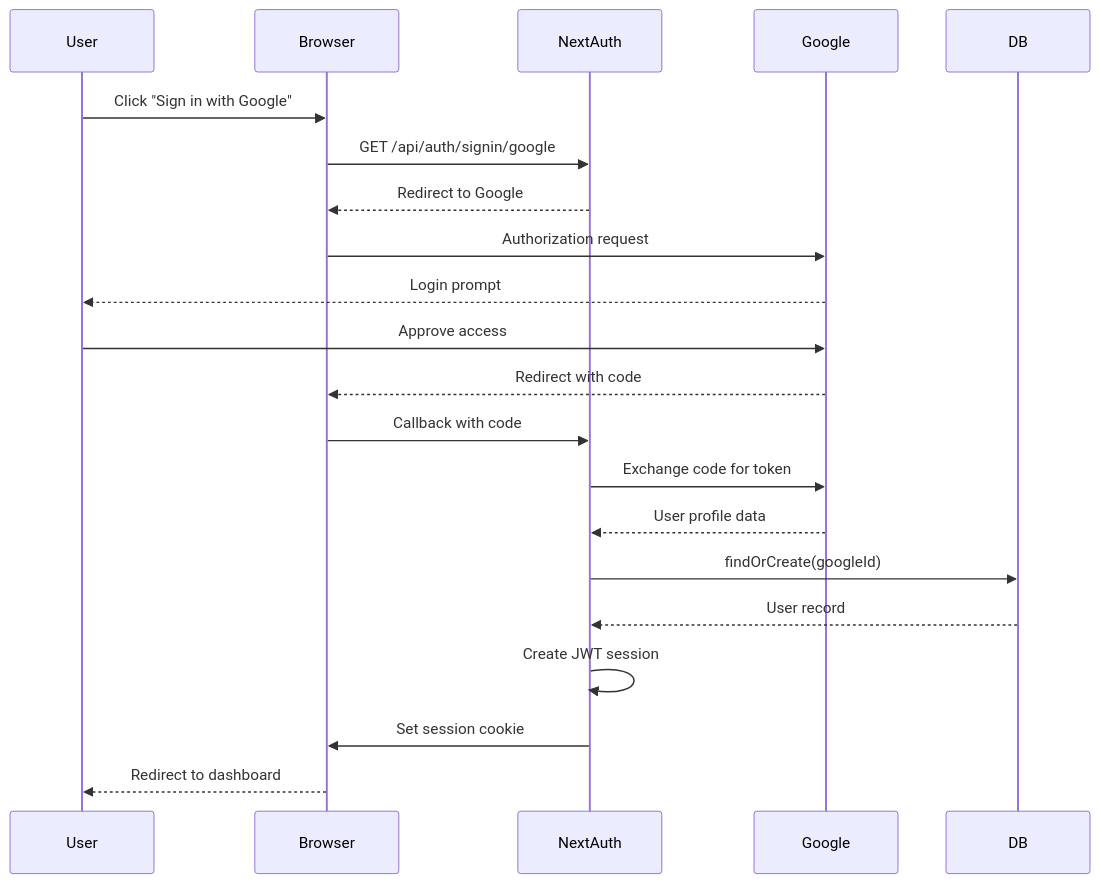
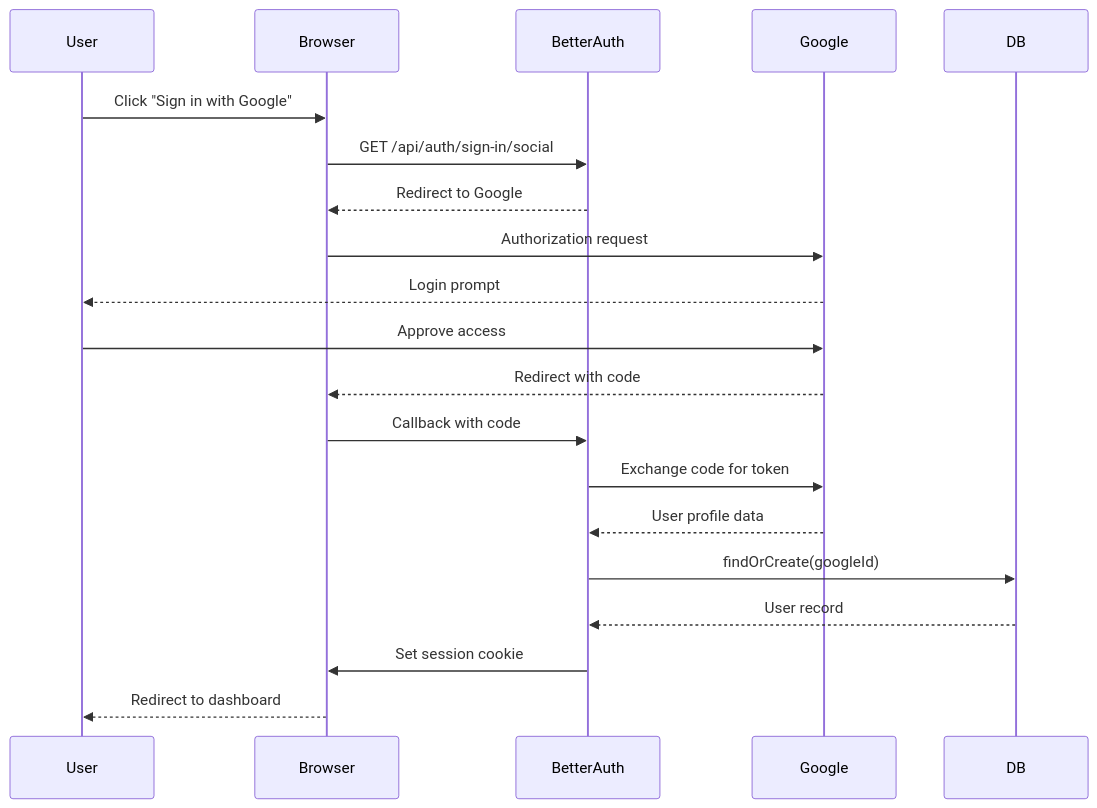
The second of 2 diagrams in .context/auth/overview.md (human-centric-engineering/sunrise), drawn with Mermaid before and after one commit. The commit also changed other lines of this file and 6 other files, not shown here.

````diff
--- a/.context/auth/overview.md
+++ b/.context/auth/overview.md
@@ -35,24 +32,23 @@
 ```mermaid
 sequenceDiagram
     participant User
     participant Browser
-    participant NextAuth
+    participant BetterAuth
     participant Google
     participant DB
 
     User->>Browser: Click "Sign in with Google"
-    Browser->>NextAuth: GET /api/auth/signin/google
-    NextAuth-->>Browser: Redirect to Google
+    Browser->>BetterAuth: GET /api/auth/sign-in/social
+    BetterAuth-->>Browser: Redirect to Google
     Browser->>Google: Authorization request
     Google-->>User: Login prompt
     User->>Google: Approve access
     Google-->>Browser: Redirect with code
-    Browser->>NextAuth: Callback with code
-    NextAuth->>Google: Exchange code for token
-    Google-->>NextAuth: User profile data
-    NextAuth->>DB: findOrCreate(googleId)
-    DB-->>NextAuth: User record
-    NextAuth->>NextAuth: Create JWT session
-    NextAuth->>Browser: Set session cookie
+    Browser->>BetterAuth: Callback with code
+    BetterAuth->>Google: Exchange code for token
+    Google-->>BetterAuth: User profile data
+    BetterAuth->>DB: findOrCreate(googleId)
+    DB-->>BetterAuth: User record
+    BetterAuth->>Browser: Set session cookie
     Browser-->>User: Redirect to dashboard
 ```
````
